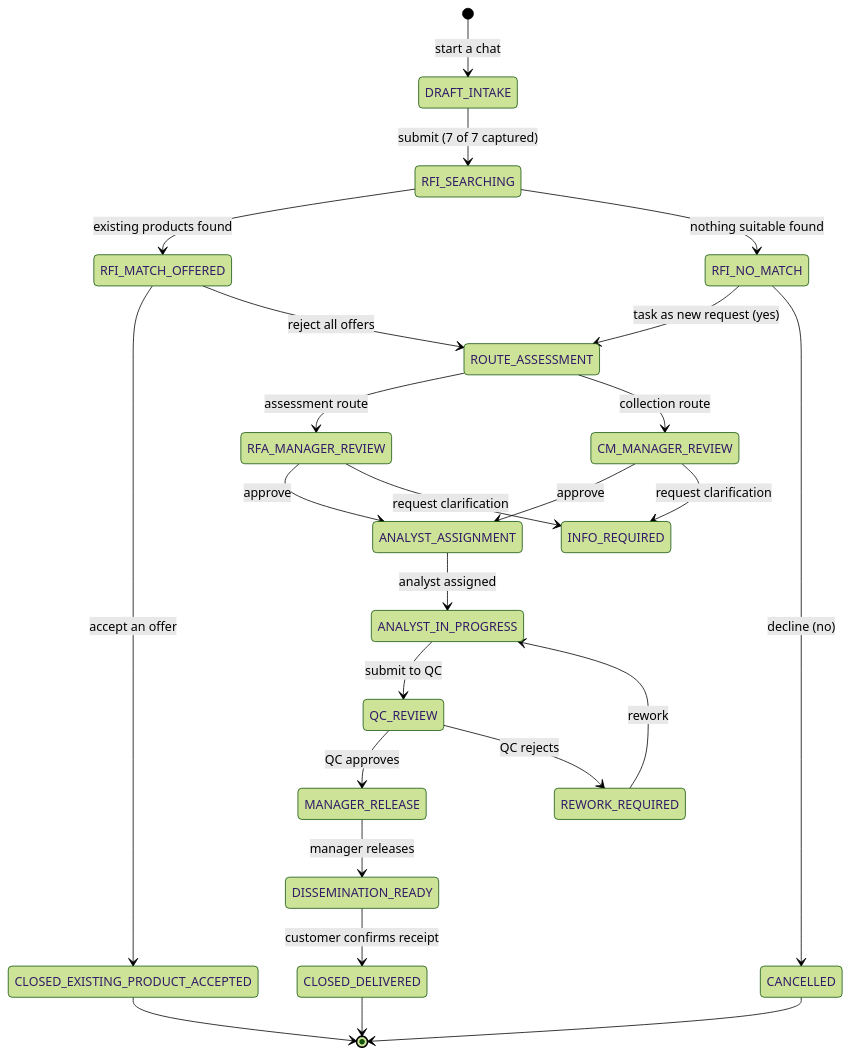
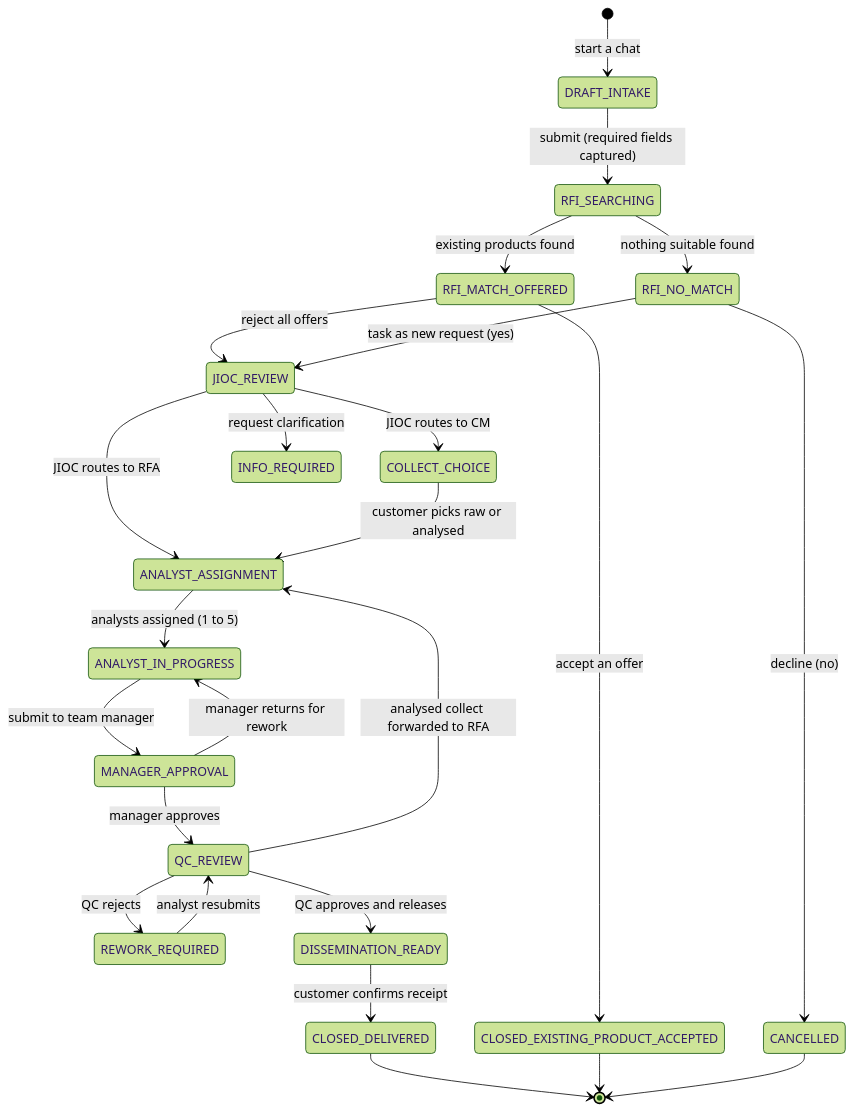
Before and after one commit to ShabalalaWATP/Coeus: the first of 4 diagrams in docs/ARCHITECTURE_WORKFLOW.md, drawn with Mermaid (forest theme). The commit also changed other lines of this file and 370 other files, not shown here.

````diff
--- a/docs/ARCHITECTURE_WORKFLOW.md
+++ b/docs/ARCHITECTURE_WORKFLOW.md
@@ -18,33 +18,33 @@
 ```mermaid
 stateDiagram-v2
     [*] --> DRAFT_INTAKE: start a chat
-    DRAFT_INTAKE --> RFI_SEARCHING: submit (7 of 7 captured)
+    DRAFT_INTAKE --> RFI_SEARCHING: submit (required fields captured)
     RFI_SEARCHING --> RFI_MATCH_OFFERED: existing products found
     RFI_SEARCHING --> RFI_NO_MATCH: nothing suitable found
 
     RFI_MATCH_OFFERED --> CLOSED_EXISTING_PRODUCT_ACCEPTED: accept an offer
-    RFI_MATCH_OFFERED --> ROUTE_ASSESSMENT: reject all offers
+    RFI_MATCH_OFFERED --> JIOC_REVIEW: reject all offers
 
-    RFI_NO_MATCH --> ROUTE_ASSESSMENT: task as new request (yes)
+    RFI_NO_MATCH --> JIOC_REVIEW: task as new request (yes)
     RFI_NO_MATCH --> CANCELLED: decline (no)
 
-    ROUTE_ASSESSMENT --> RFA_MANAGER_REVIEW: assessment route
-    ROUTE_ASSESSMENT --> CM_MANAGER_REVIEW: collection route
-    RFA_MANAGER_REVIEW --> ANALYST_ASSIGNMENT: approve
-    CM_MANAGER_REVIEW --> ANALYST_ASSIGNMENT: approve
-    RFA_MANAGER_REVIEW --> INFO_REQUIRED: request clarification
-    CM_MANAGER_REVIEW --> INFO_REQUIRED: request clarification
+    JIOC_REVIEW --> ANALYST_ASSIGNMENT: JIOC routes to RFA
+    JIOC_REVIEW --> COLLECT_CHOICE: JIOC routes to CM
+    JIOC_REVIEW --> INFO_REQUIRED: request clarification
+    COLLECT_CHOICE --> ANALYST_ASSIGNMENT: customer picks raw or analysed
 
-    ANALYST_ASSIGNMENT --> ANALYST_IN_PROGRESS: analyst assigned
-    ANALYST_IN_PROGRESS --> QC_REVIEW: submit to QC
-    QC_REVIEW --> MANAGER_RELEASE: QC approves
+    ANALYST_ASSIGNMENT --> ANALYST_IN_PROGRESS: analysts assigned (1 to 5)
+    ANALYST_IN_PROGRESS --> MANAGER_APPROVAL: submit to team manager
+    MANAGER_APPROVAL --> ANALYST_IN_PROGRESS: manager returns for rework
+    MANAGER_APPROVAL --> QC_REVIEW: manager approves
     QC_REVIEW --> REWORK_REQUIRED: QC rejects
-    REWORK_REQUIRED --> ANALYST_IN_PROGRESS: rework
+    REWORK_REQUIRED --> QC_REVIEW: analyst resubmits
+    QC_REVIEW --> DISSEMINATION_READY: QC approves and releases
+    QC_REVIEW --> ANALYST_ASSIGNMENT: analysed collect forwarded to RFA
 
-    MANAGER_RELEASE --> DISSEMINATION_READY: manager releases
     DISSEMINATION_READY --> CLOSED_DELIVERED: customer confirms receipt
     CLOSED_DELIVERED --> [*]
 
     CLOSED_EXISTING_PRODUCT_ACCEPTED --> [*]
     CANCELLED --> [*]
 ```
````
